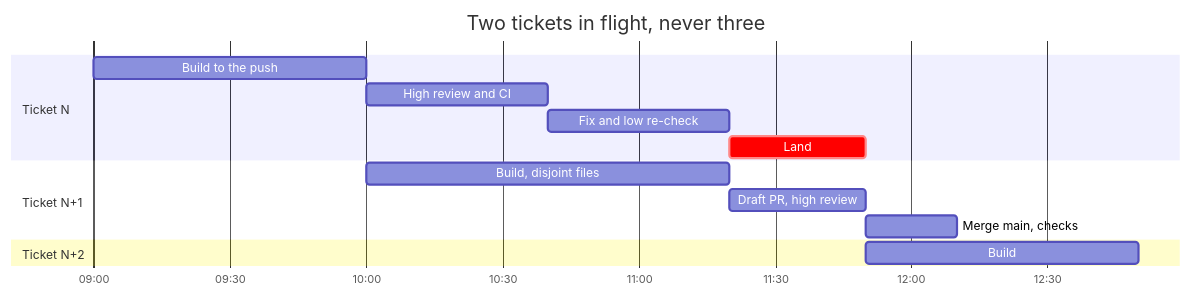
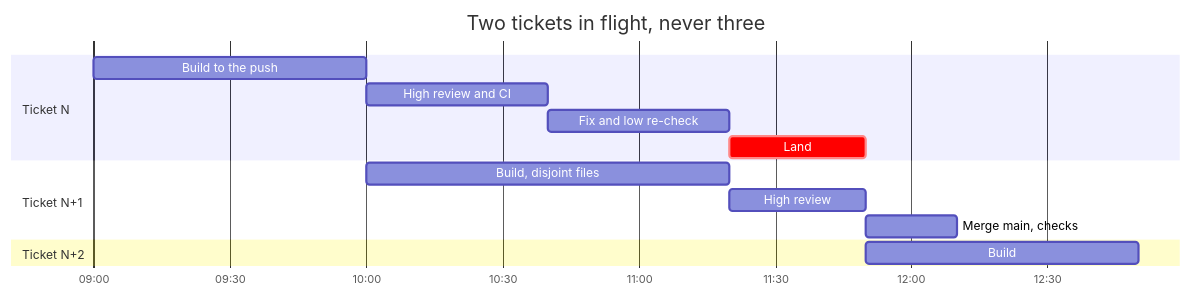
Before and after one commit to exdsgift/shuji-skills: the diagram in skills/toryo-loop/showcase/pipeline.mmd, drawn with Mermaid. The commit also changed 33 other files, not shown here.

First line of the commit message:
toryo-loop: the high review's fix round

```diff
--- a/skills/toryo-loop/showcase/pipeline.mmd
+++ b/skills/toryo-loop/showcase/pipeline.mmd
@@ -1,18 +1,18 @@
 gantt
   accTitle: Two tickets in flight
-  accDescr: Ticket N+1 starts building when N's draft PR goes to review, opens its own PR when N goes into landing, and merges main once N lands; ticket N+2 starts only after N has landed, so never more than two are in flight. Durations are illustrative.
+  accDescr: Ticket N+1 starts building when N's draft PR goes to review, gets its own review when N goes into landing, and merges main once N lands; ticket N+2 starts only after N has landed, so never more than two are in flight. Durations are illustrative.
   title Two tickets in flight, never three
   dateFormat HH:mm
   axisFormat %H:%M
   todayMarker off
   section Ticket N
     Build to the push      :n1, 09:00, 60m
     High review and CI     :n2, after n1, 40m
     Fix and low re-check   :n3, after n2, 40m
     Land                   :crit, n4, after n3, 30m
   section Ticket N+1
     Build, disjoint files  :m1, after n1, 80m
-    Draft PR, high review  :m2, after m1, 30m
+    High review            :m2, after m1, 30m
     Merge main, checks     :m3, after n4, 20m
   section Ticket N+2
     Build                  :p1, after n4, 60m
```
